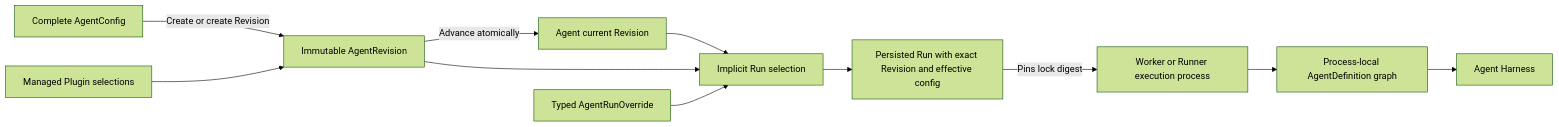
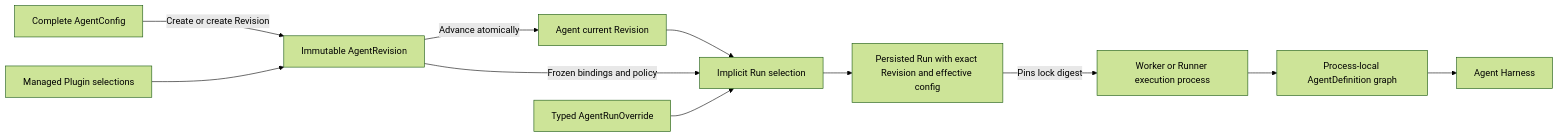
The diagram in spec/foundation-service/28-agent-management.md (LTThreeComma/agent-foundation), drawn with Mermaid (forest theme) before and after one commit. The commit also changed other lines of this file and 44 other files, not shown here.

````diff
--- a/spec/foundation-service/28-agent-management.md
+++ b/spec/foundation-service/28-agent-management.md
@@ -13,13 +13,13 @@
 ```mermaid
 flowchart LR
     Config[Complete AgentConfig] -->|Create or create Revision| Revision[Immutable AgentRevision]
     Revision -->|Advance atomically| Current[Agent current Revision]
     Plugins[Managed Plugin selections] --> Revision
     Current --> Acceptance[Implicit Run selection]
-    Revision --> Acceptance
+    Revision -->|Frozen bindings and policy| Acceptance
     Override[Typed AgentRunOverride] --> Acceptance
     Acceptance --> Run[Persisted Run with exact Revision and effective config]
     Run -->|Pins lock digest| Worker[Worker or Runner execution process]
     Worker --> Definition[Process-local AgentDefinition graph]
     Definition --> Harness[Agent Harness]
 ```
````
